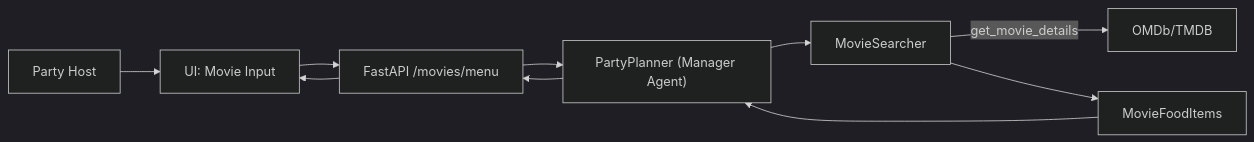
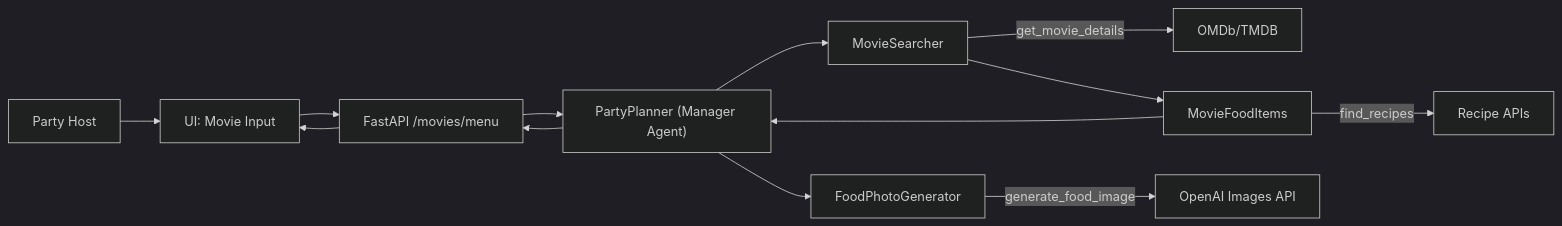
Before and after one commit to abhishekbasu/flickfeast: the diagram in agents-setup.mmd, drawn with Mermaid (dark theme). The commit also changed 12 other files, not shown here.

```diff
--- a/agents-setup.mmd
+++ b/agents-setup.mmd
@@ -1,10 +1,13 @@
 flowchart LR
     Host["Party Host"] --> UI["UI: Movie Input"]
     UI --> API["FastAPI /movies/menu"]
     API --> Manager["PartyPlanner (Manager Agent)"]
     Manager --> Searcher["MovieSearcher"]
     Searcher -->|"get_movie_details"| MovieAPI["OMDb/TMDB"]
     Searcher --> Food["MovieFoodItems"]
+    Food -->|"find_recipes"| Recipes["Recipe APIs"]
+    Manager --> Photos["FoodPhotoGenerator"]
+    Photos -->|"generate_food_image"| OpenAIImages["OpenAI Images API"]
     Food --> Manager
     Manager --> API
     API --> UI
```
